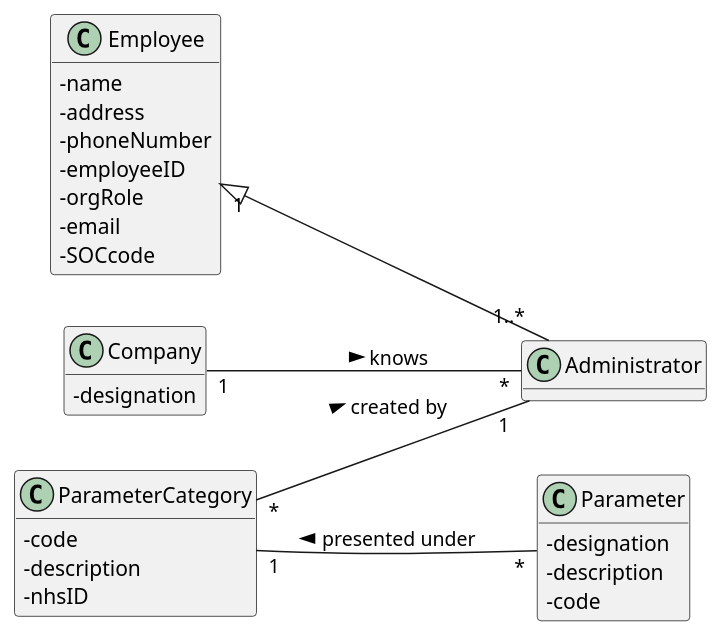
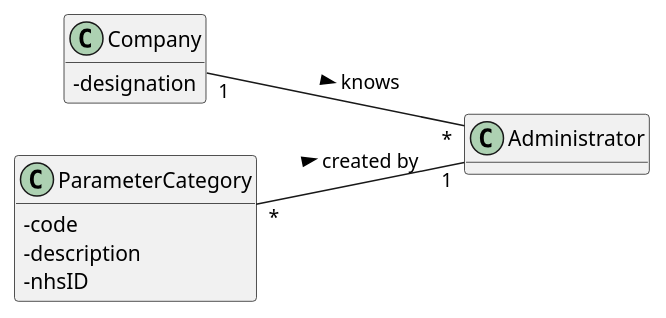
Before and after one commit to 0franciscor/lei-21-s2-1de-g19: the diagram in docs/SprintC/US11/US11-MD.puml, drawn with PlantUML. The commit also changed 6 other files, not shown here.

Commit message:
[US11] - Alteração dos Diagramas e conteúdos da US11

```diff
--- a/docs/SprintC/US11/US11-MD.puml
+++ b/docs/SprintC/US11/US11-MD.puml
@@ -1,36 +1,20 @@
 @startuml
 skinparam classAttributeIconSize 0
 left to right direction
 hide methods
 
 class Company {
 -designation
 }
-class Parameter{
--designation
--description
--code
-}
+
 class ParameterCategory {
 -code
 -description
 -nhsID
 }
 
 class Administrator
 
-class Employee{
--name
--address
--phoneNumber
--employeeID
--orgRole
--email
--SOCcode
-}
-
-Employee "1" <|-- "1..*" Administrator
-ParameterCategory "1" -- "*" Parameter : < presented under
 ParameterCategory "*" -- "1" Administrator : > created by
 Company "1" -- "*" Administrator : > knows
 @enduml
```
